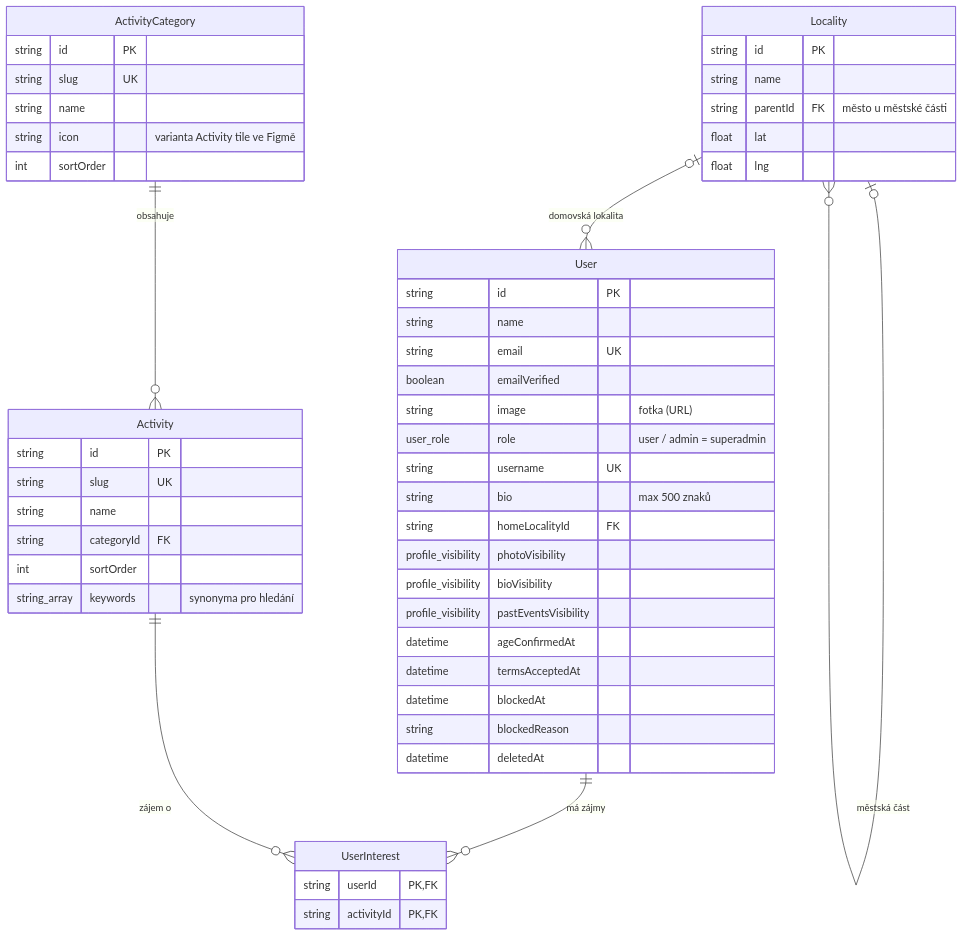
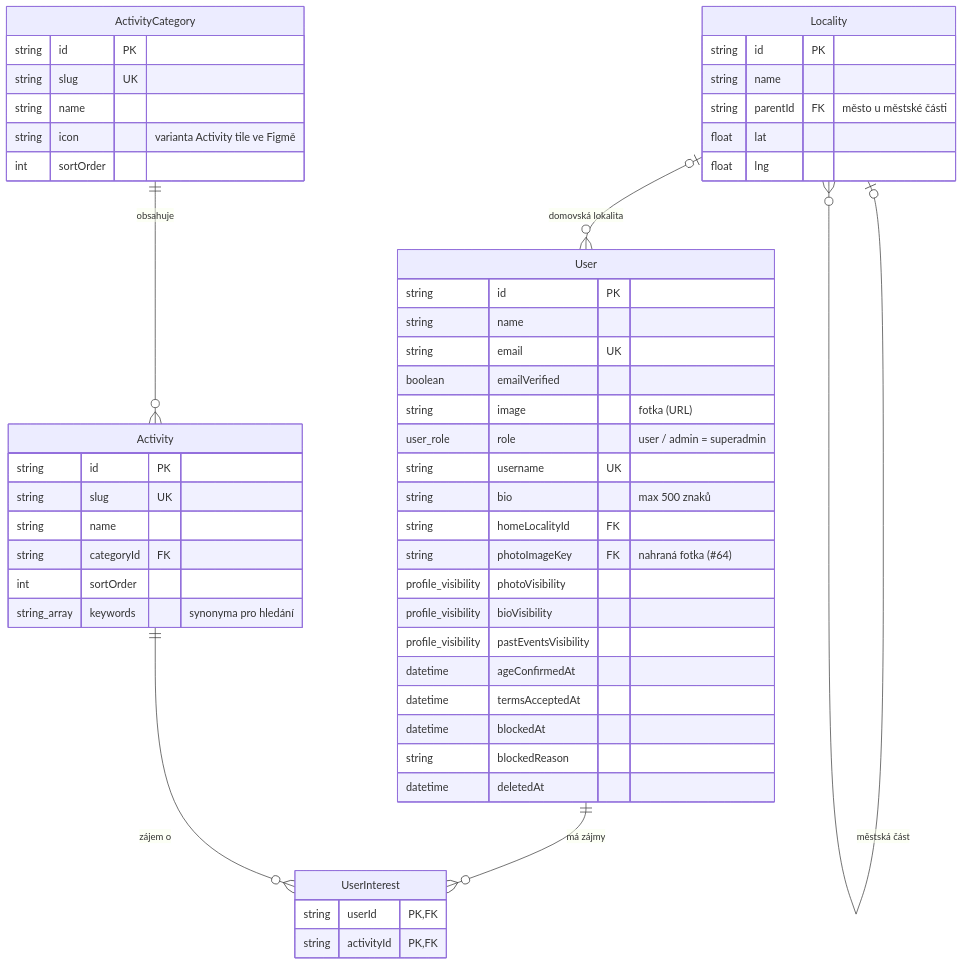
The first of 3 diagrams in docs/datovy-model.md (applifting-vsecourse/team-3), drawn with Mermaid before and after one commit. The commit also changed other lines of this file and 20 other files, not shown here.

First line of the commit message:
feat(profile): bio and photo through the image module, friends visibility (#64)

````diff
--- a/docs/datovy-model.md
+++ b/docs/datovy-model.md
@@ -38,54 +38,55 @@
 ```mermaid
 erDiagram
     User ||--o{ UserInterest : "má zájmy"
     Activity ||--o{ UserInterest : "zájem o"
     ActivityCategory ||--o{ Activity : "obsahuje"
     Locality |o--o{ Locality : "městská část"
     Locality |o--o{ User : "domovská lokalita"
 
     User {
         string id PK
         string name
         string email UK
         boolean emailVerified
         string image "fotka (URL)"
         user_role role "user / admin = superadmin"
         string username UK
         string bio "max 500 znaků"
         string homeLocalityId FK
+        string photoImageKey FK "nahraná fotka (#64)"
         profile_visibility photoVisibility
         profile_visibility bioVisibility
         profile_visibility pastEventsVisibility
         datetime ageConfirmedAt
         datetime termsAcceptedAt
         datetime blockedAt
         string blockedReason
         datetime deletedAt
     }
     UserInterest {
         string userId PK, FK
         string activityId PK, FK
     }
     ActivityCategory {
         string id PK
         string slug UK
         string name
         string icon "varianta Activity tile ve Figmě"
         int sortOrder
     }
     Activity {
         string id PK
         string slug UK
         string name
         string categoryId FK
         int sortOrder
         string_array keywords "synonyma pro hledání"
     }
     Locality {
         string id PK
         string name
         string parentId FK "město u městské části"
         float lat
         float lng
     }
 ```
````
